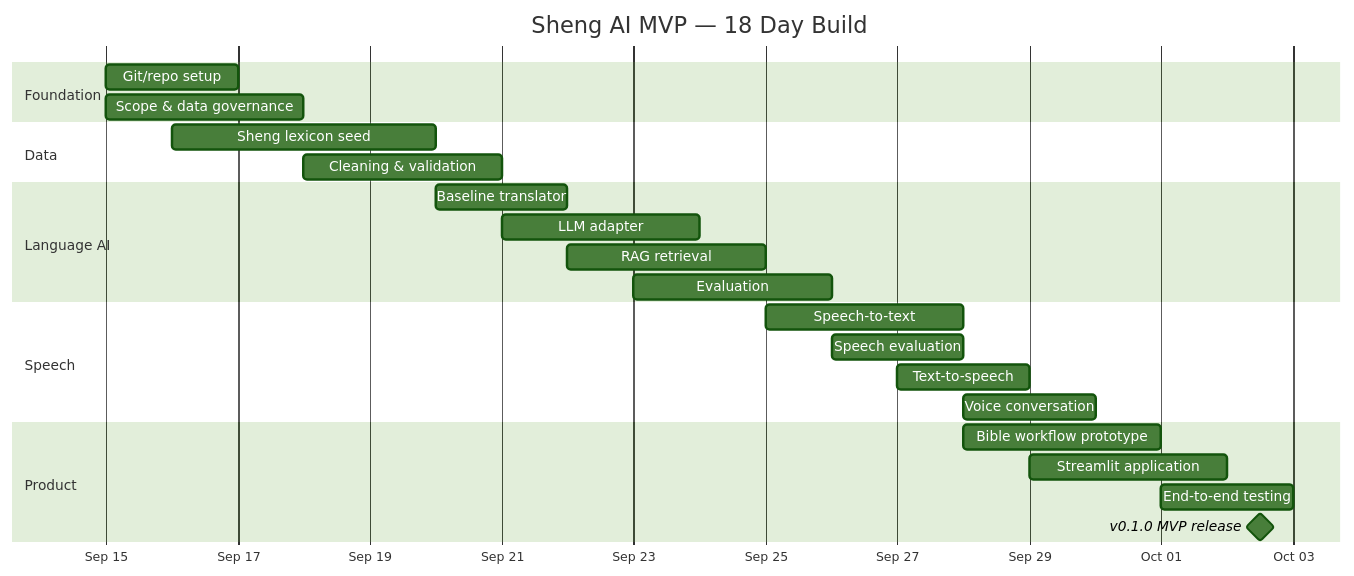
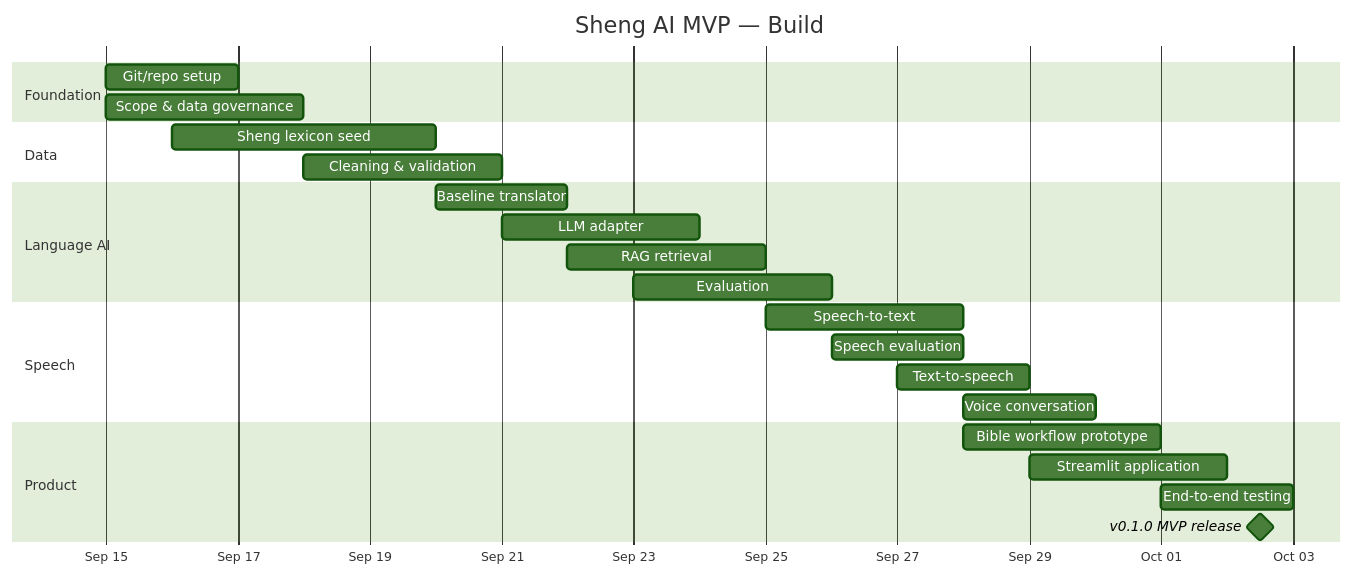
Before and after one commit to KemboiM/sheng-ai: the diagram in README.md, drawn with Mermaid (forest theme). The commit also changed other lines of this file, not shown here.

````diff
--- a/README.md
+++ b/README.md
@@ -21,32 +21,32 @@
 ```mermaid
 gantt
-    title Sheng AI MVP — 18 Day Build
+    title Sheng AI MVP — Build
     dateFormat  YYYY-MM-DD
     axisFormat  %b %d
 
     section Foundation
     Git/repo setup                 :a1, 2026-09-15, 2d
     Scope & data governance        :a2, 2026-09-15, 3d
 
     section Data
     Sheng lexicon seed             :a3, 2026-09-16, 4d
     Cleaning & validation          :a4, 2026-09-18, 3d
 
     section Language AI
     Baseline translator            :a5, 2026-09-20, 2d
     LLM adapter                    :a6, 2026-09-21, 3d
     RAG retrieval                  :a7, 2026-09-22, 3d
     Evaluation                     :a8, 2026-09-23, 3d
 
     section Speech
     Speech-to-text                 :a9, 2026-09-25, 3d
     Speech evaluation              :a10, 2026-09-26, 2d
     Text-to-speech                 :a11, 2026-09-27, 2d
     Voice conversation             :a12, 2026-09-28, 2d
 
     section Product
     Bible workflow prototype       :a13, 2026-09-28, 3d
     Streamlit application          :a14, 2026-09-29, 3d
     End-to-end testing             :a15, 2026-10-01, 2d
     v0.1.0 MVP release             :milestone, 2026-10-02, 1d
 ```
````
